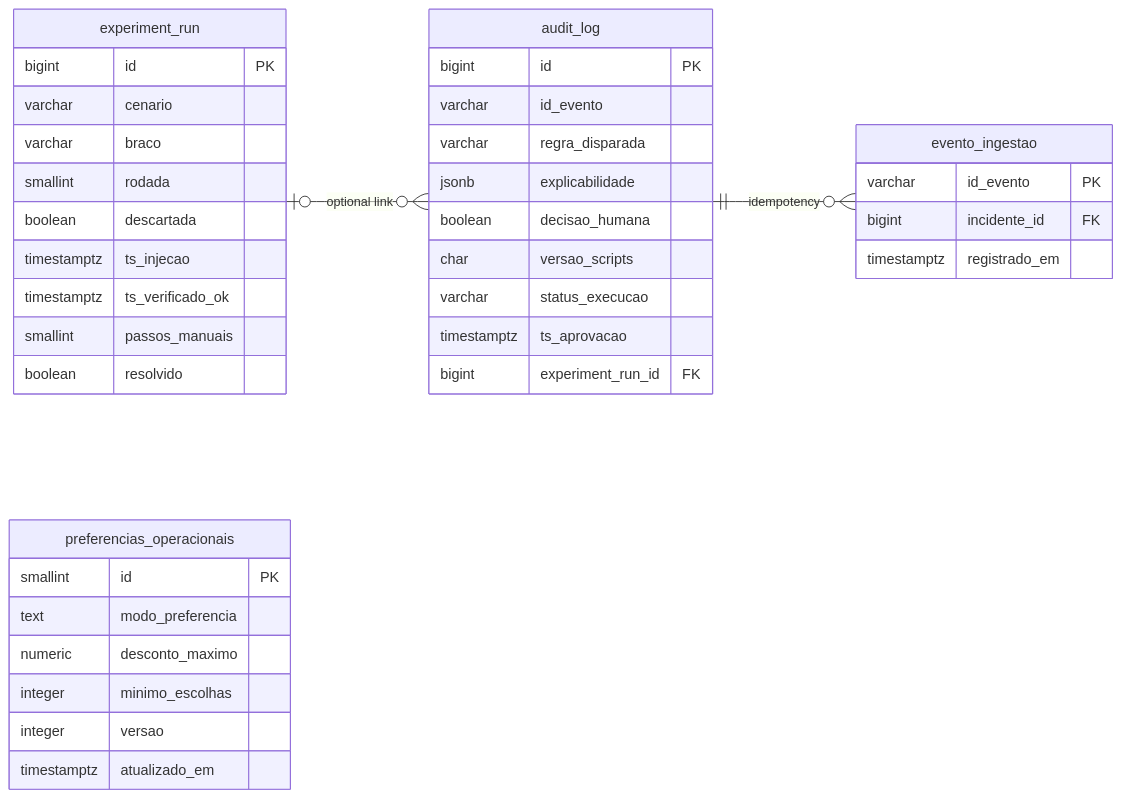
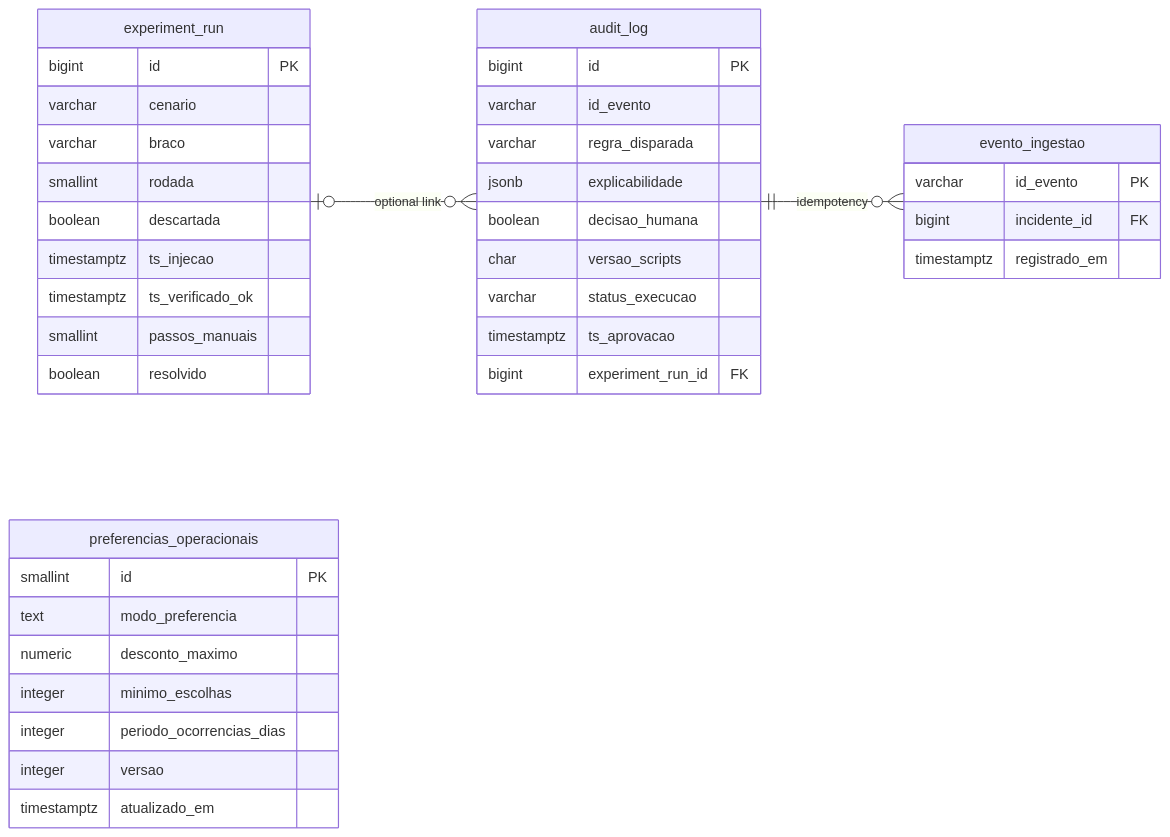
One commit to cfrans/polaris-dss changed the diagram in docs/diagrams/data_model_overview.mmd. Above: the diagram before and after it, drawn with Mermaid. The commit also changed 18 other files, not shown here.

```diff
--- a/docs/diagrams/data_model_overview.mmd
+++ b/docs/diagrams/data_model_overview.mmd
@@ -1,39 +1,40 @@
 erDiagram
   direction LR
   experiment_run o|--o{ audit_log : "optional link"
   audit_log ||--o{ evento_ingestao : "idempotency"
   experiment_run {
     bigint id PK
     varchar cenario
     varchar braco
     smallint rodada
     boolean descartada
     timestamptz ts_injecao
     timestamptz ts_verificado_ok
     smallint passos_manuais
     boolean resolvido
   }
   audit_log {
     bigint id PK
     varchar id_evento
     varchar regra_disparada
     jsonb explicabilidade
     boolean decisao_humana
     char versao_scripts
     varchar status_execucao
     timestamptz ts_aprovacao
     bigint experiment_run_id FK
   }
   evento_ingestao {
     varchar id_evento PK
     bigint incidente_id FK
     timestamptz registrado_em
   }
   preferencias_operacionais {
     smallint id PK
     text modo_preferencia
     numeric desconto_maximo
     integer minimo_escolhas
+    integer periodo_ocorrencias_dias
     integer versao
     timestamptz atualizado_em
   }
```
